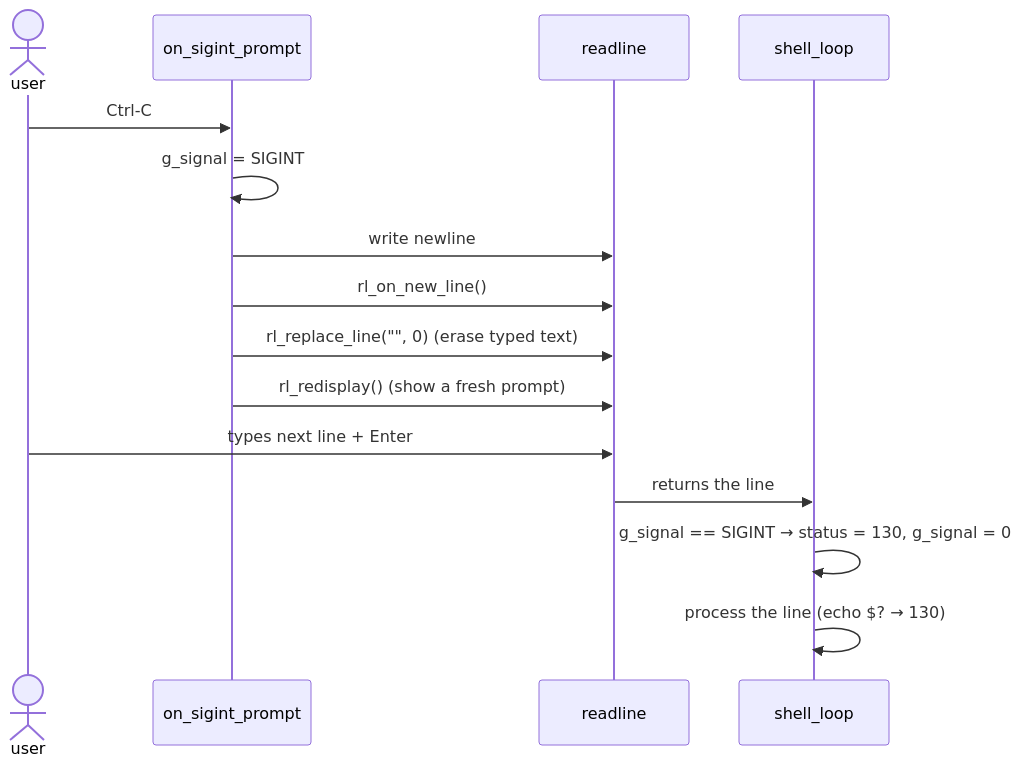
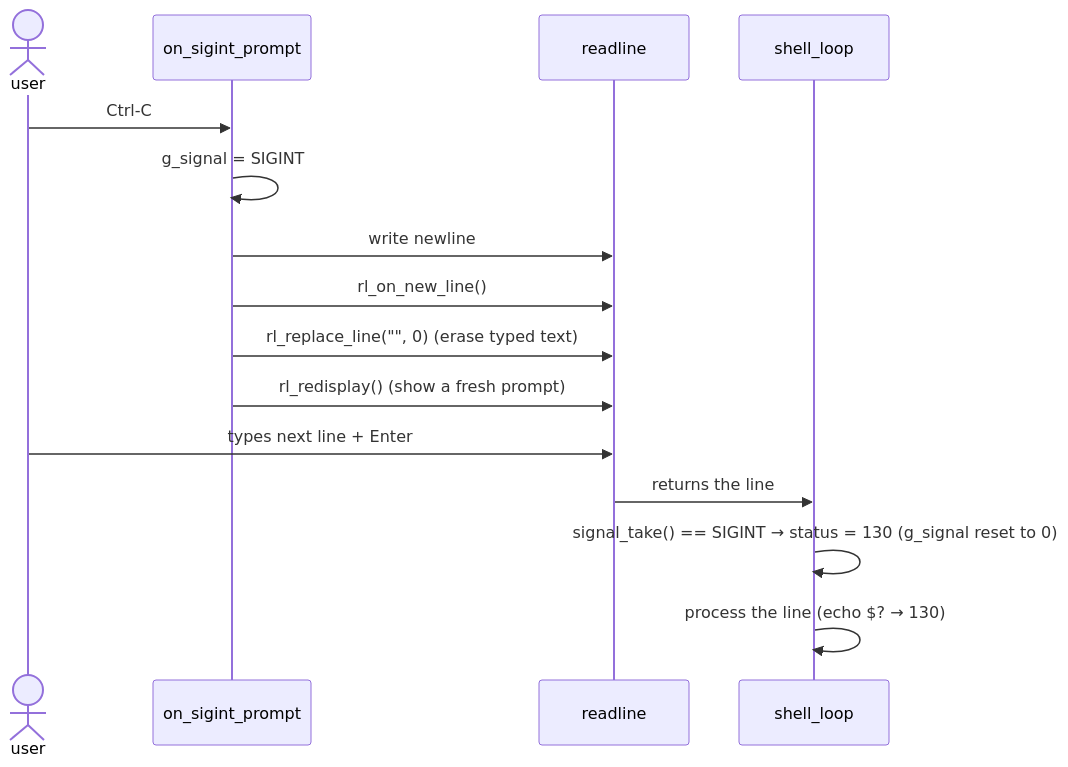
The third of 3 diagrams in minishell/src/signals/README.md (Minks09/42_minishell), drawn with Mermaid before and after one commit. The commit also changed other lines of this file and 9 other files, not shown here.

````diff
--- a/minishell/src/signals/README.md
+++ b/minishell/src/signals/README.md
@@ -75,17 +99,17 @@
 ```mermaid
 sequenceDiagram
     actor U as user
     participant H as on_sigint_prompt
     participant R as readline
     participant L as shell_loop
     U->>H: Ctrl-C
     H->>H: g_signal = SIGINT
     H->>R: write newline
     H->>R: rl_on_new_line()
     H->>R: rl_replace_line("", 0)  (erase typed text)
     H->>R: rl_redisplay()          (show a fresh prompt)
     U->>R: types next line + Enter
     R->>L: returns the line
-    L->>L: g_signal == SIGINT → status = 130, g_signal = 0
+    L->>L: signal_take() == SIGINT → status = 130 (g_signal reset to 0)
     L->>L: process the line (echo $? → 130)
 ```
````
